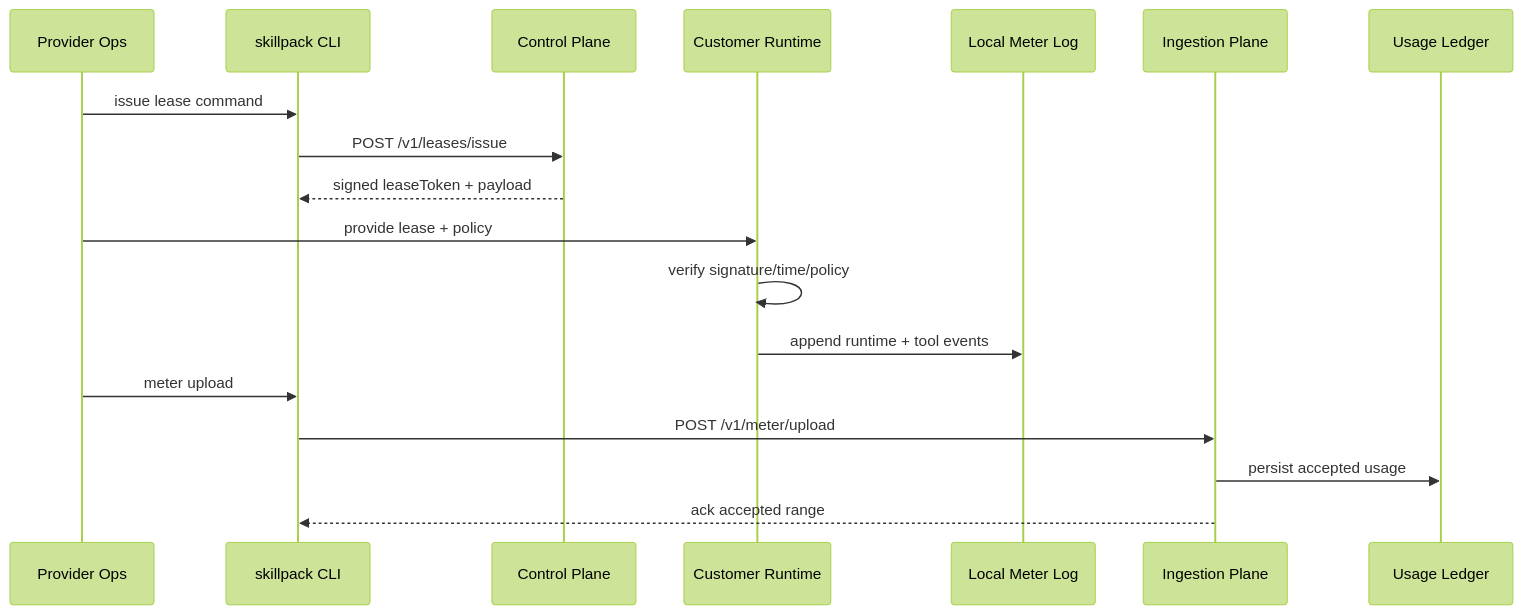
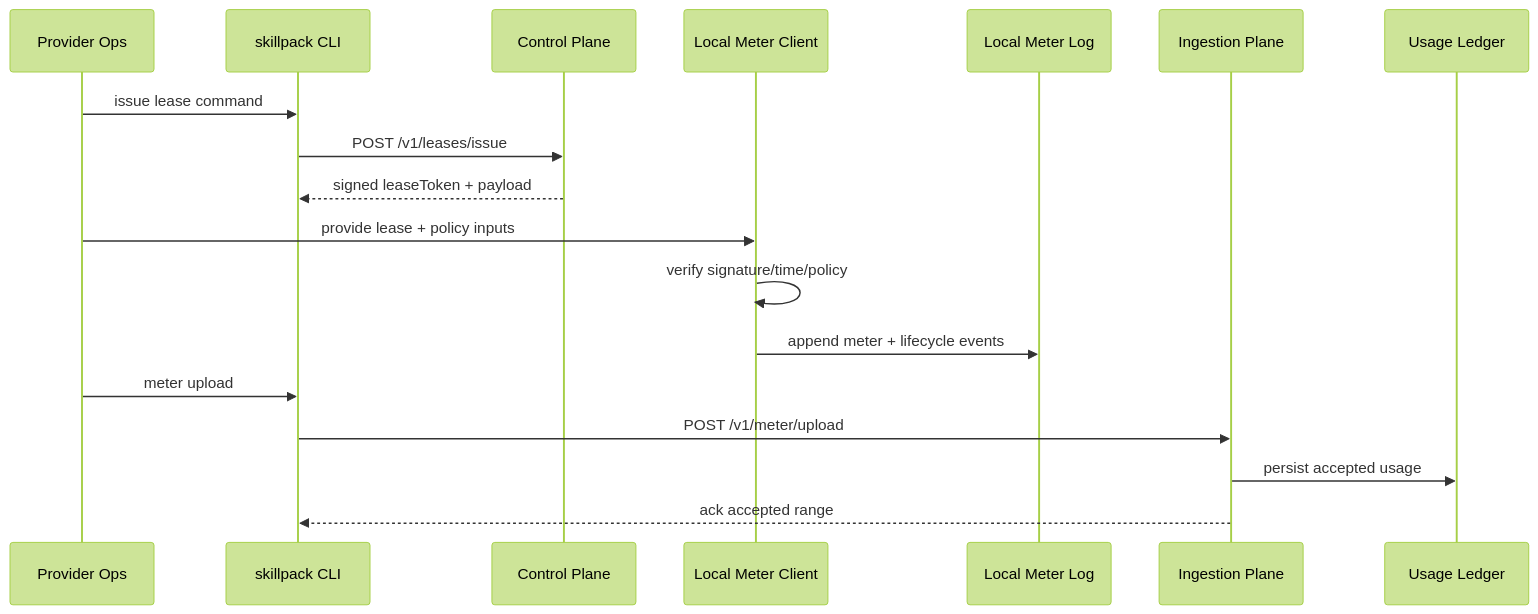
Before and after one commit to shizlie/skillpack: the second of 4 diagrams in PRODUCT.md, drawn with Mermaid (forest theme). The commit also changed other lines of this file and 36 other files, not shown here.

First line of the commit message:
feat: harden hosted deploy and direct meter flow (#8)

````diff
--- a/PRODUCT.md
+++ b/PRODUCT.md
@@ -523,21 +610,21 @@
 ```mermaid
 sequenceDiagram
     participant Ops as Provider Ops
     participant CLI as skillpack CLI
     participant CP as Control Plane
-    participant RT as Customer Runtime
+    participant LMC as Local Meter Client
     participant LOG as Local Meter Log
     participant IP as Ingestion Plane
     participant LEDGER as Usage Ledger
 
     Ops->>CLI: issue lease command
     CLI->>CP: POST /v1/leases/issue
     CP-->>CLI: signed leaseToken + payload
-    Ops->>RT: provide lease + policy
-    RT->>RT: verify signature/time/policy
-    RT->>LOG: append runtime + tool events
+    Ops->>LMC: provide lease + policy inputs
+    LMC->>LMC: verify signature/time/policy
+    LMC->>LOG: append meter + lifecycle events
     Ops->>CLI: meter upload
     CLI->>IP: POST /v1/meter/upload
     IP->>LEDGER: persist accepted usage
     IP-->>CLI: ack accepted range
 ```
````
